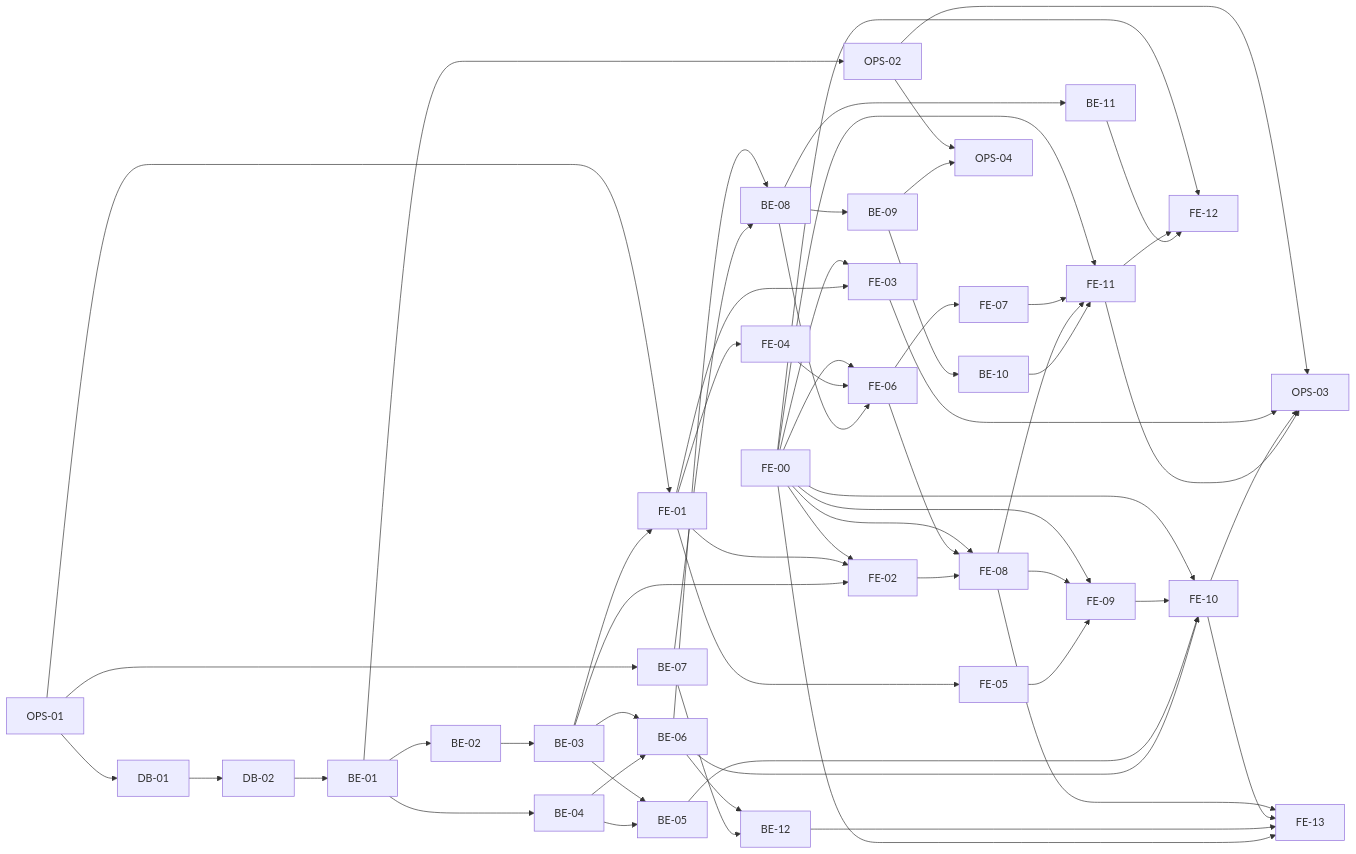
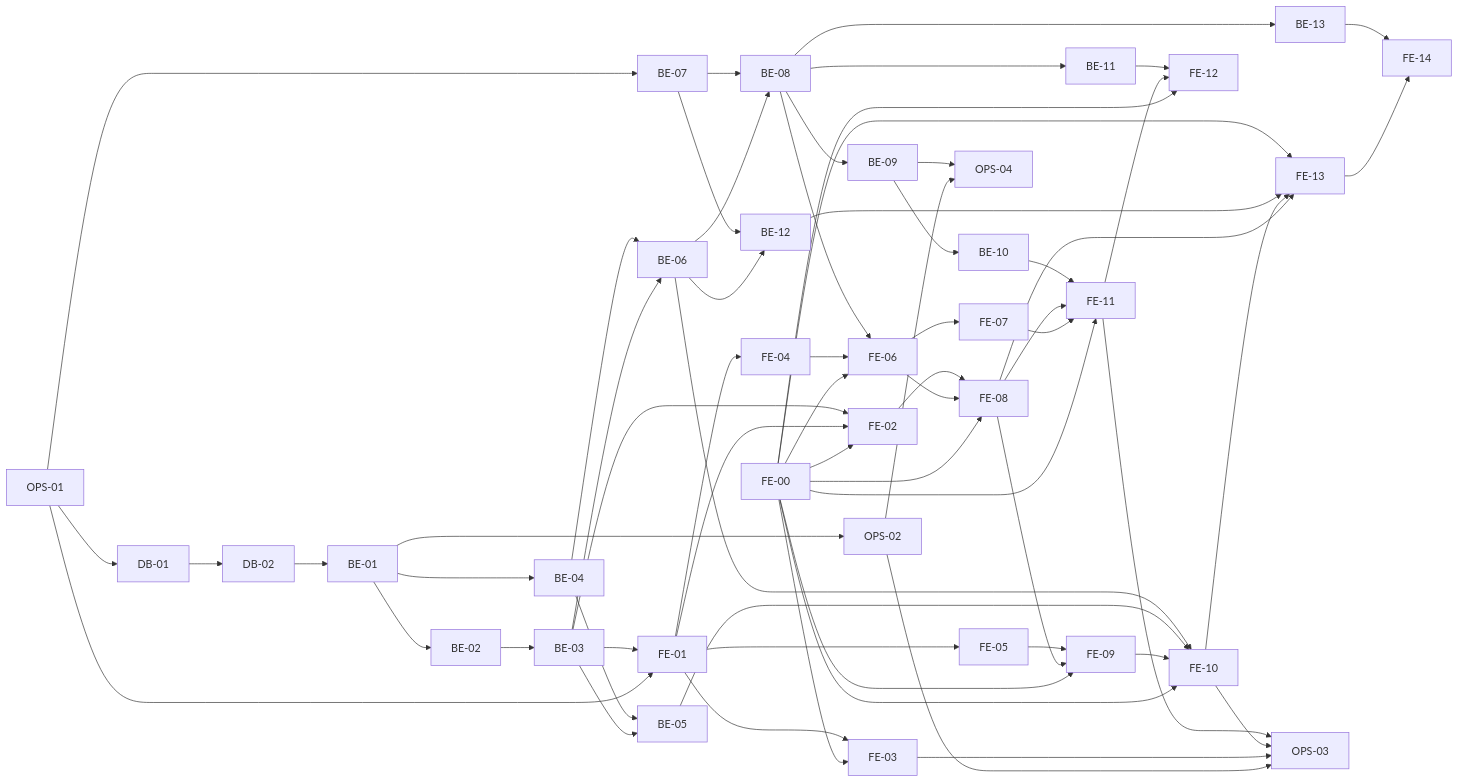
One commit to hyunboee/drop_app changed the diagram in docs/8-plan.md. Above: the diagram before and after it, drawn with Mermaid. The commit also changed other lines of this file and 7 other files, not shown here.

````diff
--- a/docs/8-plan.md
+++ b/docs/8-plan.md
@@ -58,60 +59,63 @@
 ```mermaid
 flowchart LR
   OPS01["OPS-01"] --> DB01["DB-01"] --> DB02["DB-02"] --> BE01["BE-01"]
   BE01 --> BE02["BE-02"] --> BE03["BE-03"]
   BE01 --> BE04["BE-04"]
   OPS01 --> BE07["BE-07"]
   BE03 --> BE05["BE-05"]
   BE04 --> BE05
   BE03 --> BE06["BE-06"]
   BE04 --> BE06
   BE06 --> BE08["BE-08"]
   BE07 --> BE08
   BE08 --> BE09["BE-09"] --> BE10["BE-10"]
   BE08 --> BE11["BE-11"]
   BE06 --> BE12["BE-12"]
   BE07 --> BE12
+  BE08 --> BE13["BE-13"]
   BE01 --> OPS02["OPS-02"]
 
   FE00["FE-00"] --> FE02
   FE00 --> FE03
   FE00 --> FE06
   FE00 --> FE08
   FE00 --> FE09
   FE00 --> FE10
   FE00 --> FE11
   FE00 --> FE12
   OPS01 --> FE01["FE-01"]
   BE03 --> FE01
   FE01 --> FE02["FE-02"]
   BE03 --> FE02
   FE01 --> FE03["FE-03"]
   FE01 --> FE04["FE-04"]
   FE01 --> FE05["FE-05"]
   FE04 --> FE06["FE-06"]
   BE08 --> FE06
   FE06 --> FE07["FE-07"]
   FE06 --> FE08["FE-08"]
   FE02 --> FE08
   FE08 --> FE09["FE-09"]
   FE05 --> FE09
   FE09 --> FE10["FE-10"]
   BE05 --> FE10
   BE06 --> FE10
   FE07 --> FE11["FE-11"]
   FE08 --> FE11
   BE10 --> FE11
   FE11 --> FE12["FE-12"]
   BE11 --> FE12
   FE08 --> FE13["FE-13"]
   FE10 --> FE13
   BE12 --> FE13
   FE00 --> FE13
+  FE13 --> FE14["FE-14"]
+  BE13 --> FE14
 
   OPS02 --> OPS03["OPS-03"]
   FE03 --> OPS03
   FE10 --> OPS03
   FE11 --> OPS03
   OPS02 --> OPS04["OPS-04"]
   BE09 --> OPS04
 ```
````
